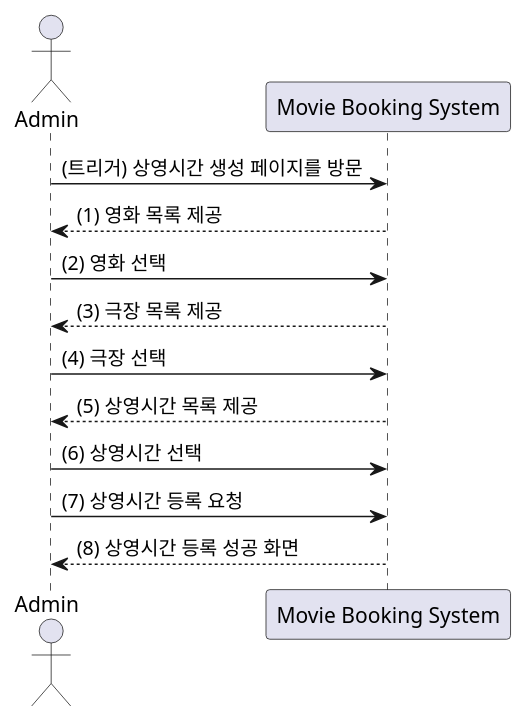
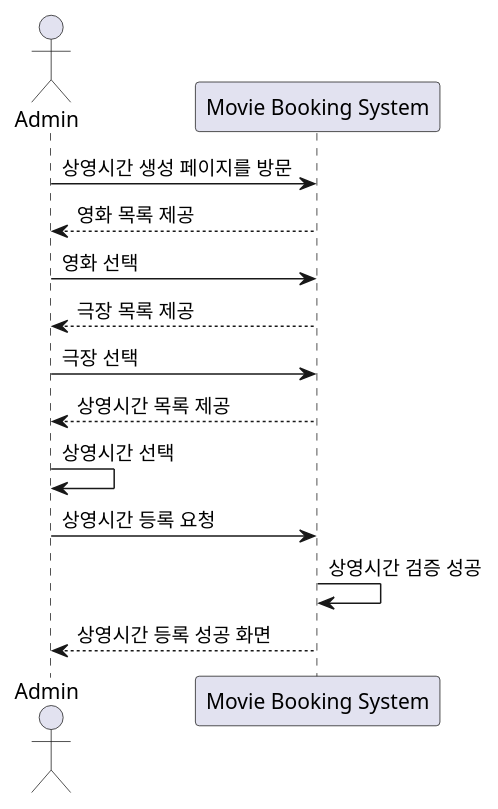
The second of 13 diagrams in _posts/2025-05-01-movie-booking-system-2.md (mannercode/mannercode.github.io), drawn with PlantUML before and after one commit. The commit also changed other lines of this file and 30 other files, not shown here.

```diff
--- a/_posts/2025-05-01-movie-booking-system-2.md
+++ b/_posts/2025-05-01-movie-booking-system-2.md
@@ -96,21 +97,23 @@
 {% plantuml %}
 @startuml
 actor Admin
 participant "Movie Booking System" as mbs
 
-Admin -> mbs: (트리거) 상영시간 생성 페이지를 방문
-Admin <-- mbs: (1) 영화 목록 제공
+Admin -> mbs:  상영시간 생성 페이지를 방문
+Admin <-- mbs:  영화 목록 제공
 
-Admin -> mbs: (2) 영화 선택
-Admin <-- mbs: (3) 극장 목록 제공
+Admin -> mbs:  영화 선택
+Admin <-- mbs: 극장 목록 제공
 
-Admin -> mbs: (4) 극장 선택
-Admin <-- mbs: (5) 상영시간 목록 제공
+Admin -> mbs:  극장 선택
+Admin <-- mbs: 상영시간 목록 제공
 
-Admin -> mbs: (6) 상영시간 선택
+Admin -> Admin:  상영시간 선택
+Admin -> mbs:  상영시간 등록 요청
 
-Admin -> mbs: (7) 상영시간 등록 요청
-Admin <-- mbs: (8) 상영시간 등록 성공 화면
+mbs -> mbs:  상영시간 검증 성공
+
+Admin <-- mbs: 상영시간 등록 성공 화면
 
 @enduml
 {% endplantuml %}
```
